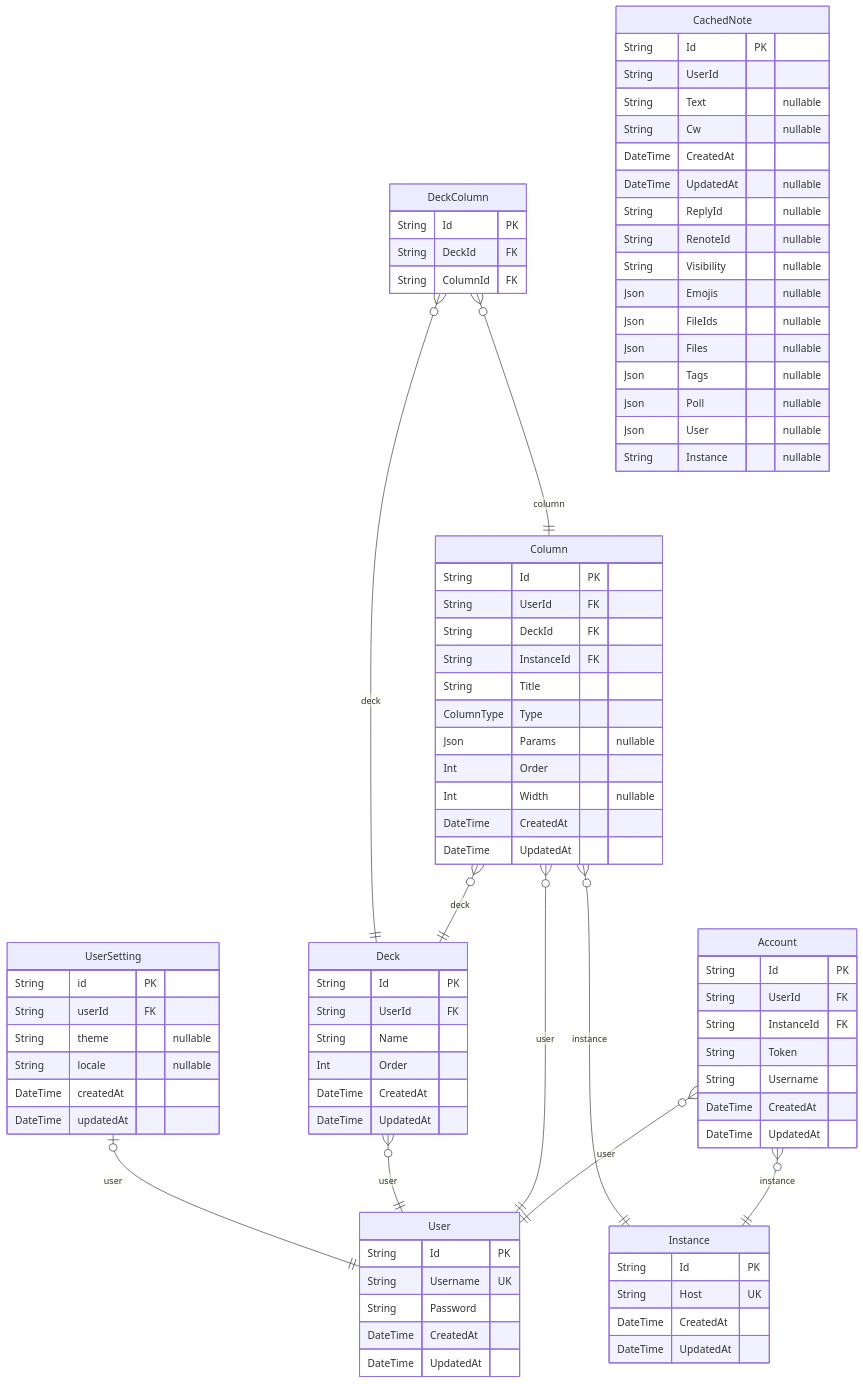
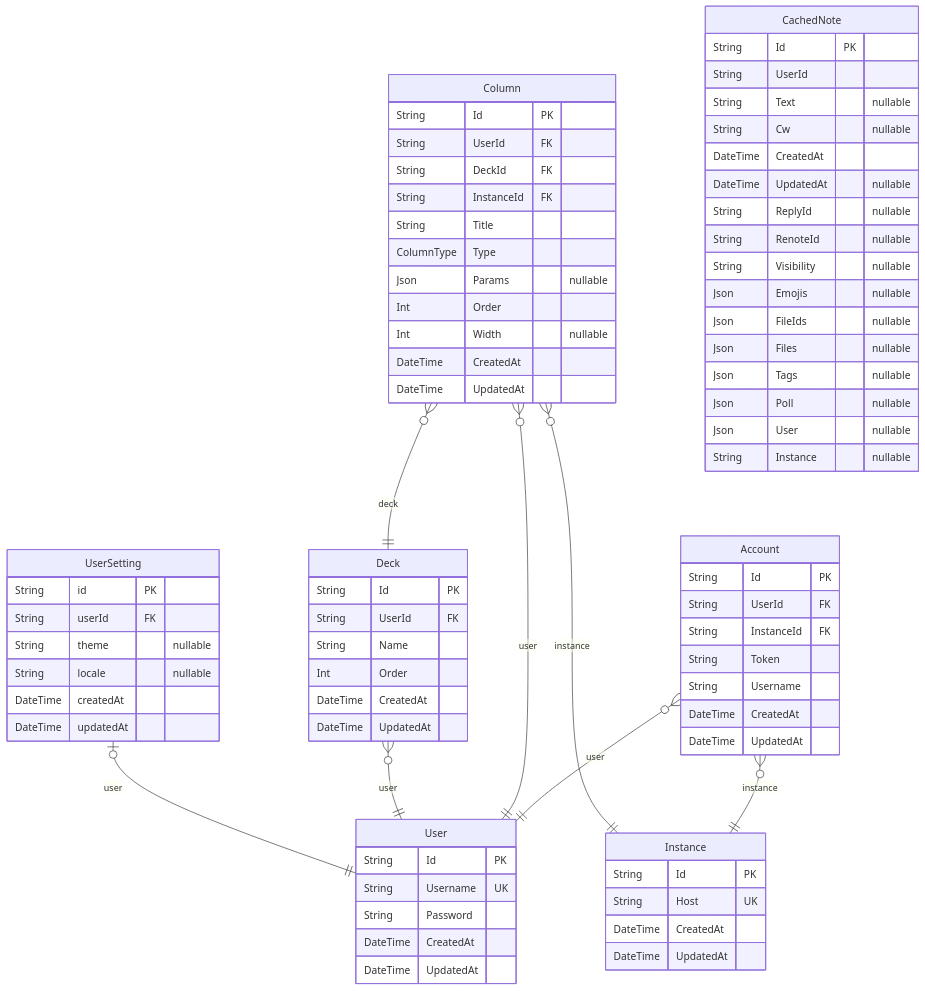
The diagram in apps/server/prisma/ERD.md (mochi-sann/mi-deck), drawn with Mermaid before and after one commit. The commit also changed other lines of this file and 3 other files, not shown here.

````diff
--- a/apps/server/prisma/ERD.md
+++ b/apps/server/prisma/ERD.md
@@ -49,11 +49,6 @@
   DateTime CreatedAt
   DateTime UpdatedAt
 }
-"DeckColumn" {
-  String Id PK
-  String DeckId FK
-  String ColumnId FK
-}
 "CachedNote" {
   String Id PK
   String UserId
@@ -86,7 +81,5 @@
 "Column" }o--|| "Deck" : deck
 "Column" }o--|| "Instance" : instance
 "Deck" }o--|| "User" : user
-"DeckColumn" }o--|| "Deck" : deck
-"DeckColumn" }o--|| "Column" : column
 "UserSetting" |o--|| "User" : user
 ```
````
